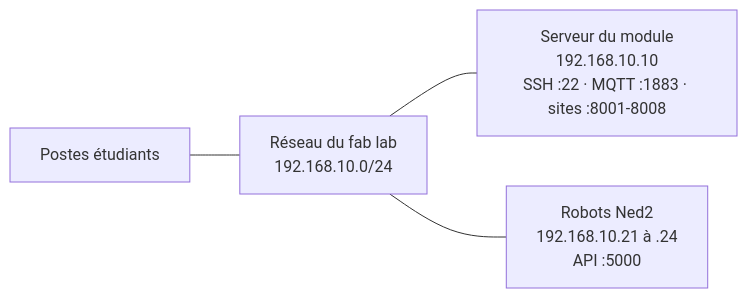
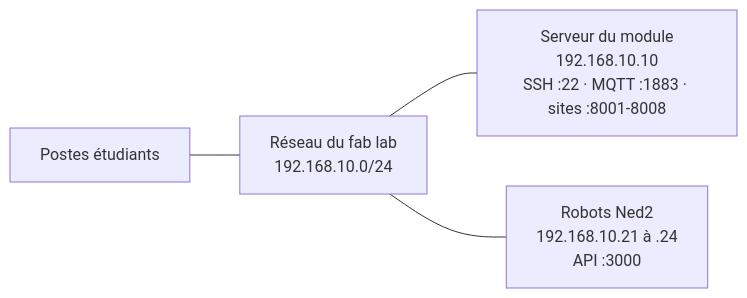
The fifth of 6 diagrams in README.md (fabrice1618/niryo2), drawn with Mermaid before and after one commit. The commit also changed other lines of this file and 37 other files, not shown here.

````diff
--- a/README.md
+++ b/README.md
@@ -207,6 +207,6 @@
 ```mermaid
 flowchart LR
     PE["Postes étudiants"] --- SW["Réseau du fab lab<br/>192.168.10.0/24"]
     SW --- SV["Serveur du module<br/>192.168.10.10<br/>SSH :22 · MQTT :1883 · sites :8001-8008"]
-    SW --- ROB["Robots Ned2<br/>192.168.10.21 à .24<br/>API :5000"]
+    SW --- ROB["Robots Ned2<br/>192.168.10.21 à .24<br/>API :3000"]
 ```
````
